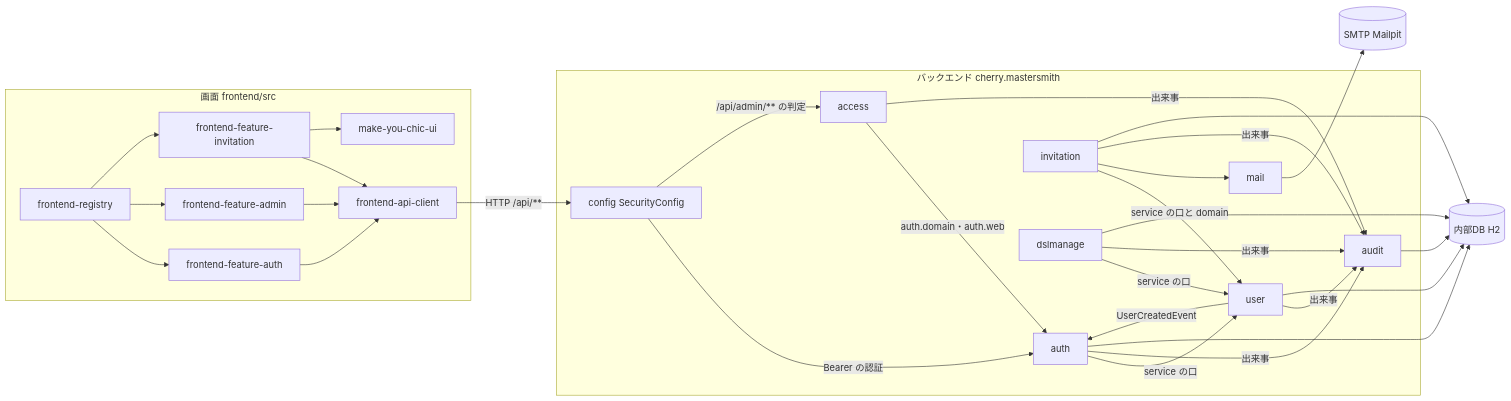
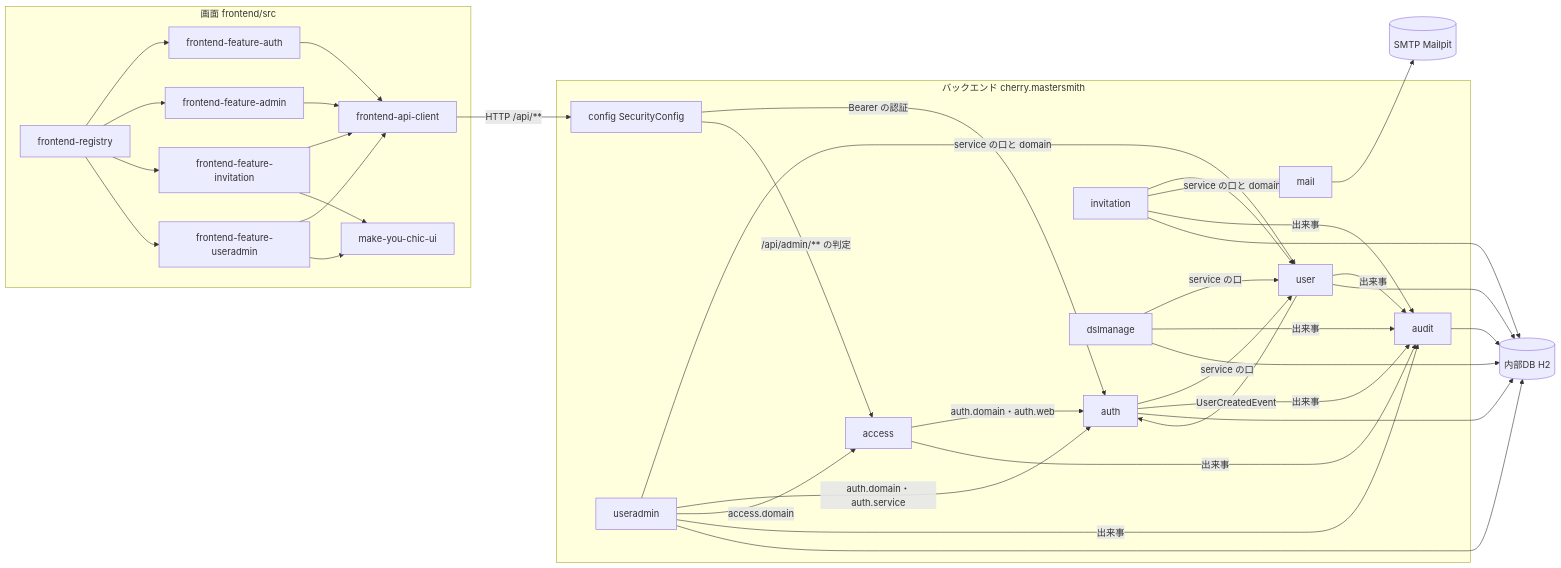
Before and after one commit to agwlvssainokuni/mastersmith2: the first of 7 diagrams in aidlc/spaces/default/codekb/mastersmith2/architecture.md, drawn with Mermaid. The commit also changed other lines of this file and 14 other files, not shown here.

````diff
--- a/aidlc/spaces/default/codekb/mastersmith2/architecture.md
+++ b/aidlc/spaces/default/codekb/mastersmith2/architecture.md
@@ -27,51 +27,61 @@
 ```mermaid
 flowchart LR
   subgraph FE["画面 frontend/src"]
     REG["frontend-registry"]
     FAUTH["frontend-feature-auth"]
     FADM["frontend-feature-admin"]
     FINV["frontend-feature-invitation"]
+    FUA["frontend-feature-useradmin"]
     APIC["frontend-api-client"]
     MYC["make-you-chic-ui"]
   end
   subgraph BE["バックエンド cherry.mastersmith"]
     CFG["config SecurityConfig"]
     AUTH["auth"]
     ACC["access"]
     USER["user"]
     INV["invitation"]
+    UA["useradmin"]
     MAIL["mail"]
     AUDIT["audit"]
     DSLM["dslmanage"]
   end
   H2[("内部DB H2")]
   SMTP[("SMTP Mailpit")]
 
   REG --> FAUTH
   REG --> FADM
   REG --> FINV
+  REG --> FUA
+  FUA --> APIC
+  FUA --> MYC
   FADM --> APIC
   FINV --> APIC
   FAUTH --> APIC
   FINV --> MYC
   APIC -- "HTTP /api/**" --> CFG
   CFG -- "Bearer の認証" --> AUTH
   CFG -- "/api/admin/** の判定" --> ACC
   AUTH -- "service の口" --> USER
   ACC -- "auth.domain・auth.web" --> AUTH
   INV -- "service の口と domain" --> USER
   INV --> MAIL
   MAIL --> SMTP
   DSLM -- "service の口" --> USER
+  UA -- "service の口と domain" --> USER
+  UA -- "auth.domain・auth.service" --> AUTH
+  UA -- "access.domain" --> ACC
+  UA -- "出来事" --> AUDIT
+  UA --> H2
   USER -- "UserCreatedEvent" --> AUTH
   AUTH -- "出来事" --> AUDIT
   ACC -- "出来事" --> AUDIT
   USER -- "出来事" --> AUDIT
   INV -- "出来事" --> AUDIT
   DSLM -- "出来事" --> AUDIT
   USER --> H2
   AUTH --> H2
   INV --> H2
   AUDIT --> H2
   DSLM --> H2
 ```
````
